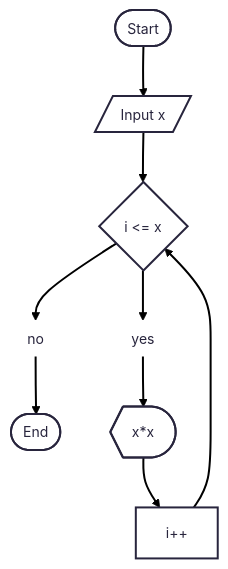
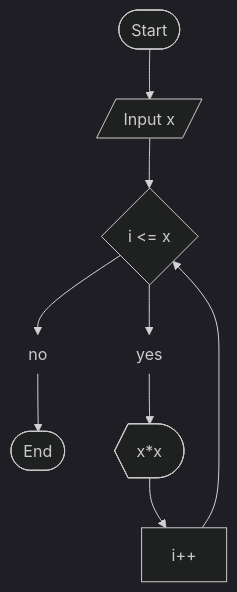
Before and after one commit to Whitek323/ProgramBasic: the diagram in CPP/train/2.mmd, drawn with Mermaid.

Commit message:
dart theme

```diff
--- a/CPP/train/2.mmd
+++ b/CPP/train/2.mmd
@@ -1,18 +1,18 @@
 ---
 config:
-  theme: redux
+  theme: dark
   layout: dagre
 ---
 flowchart TD
     A(["Start"]) --> B["Input x"]
     B --> C["i &lt;= x"]
     C --> n1["no"] & n4["yes"]
     n1 --> n7(["End"])
     n4 --> n10["x*x"]
     n10 --> n11["i++"]
     n11 --> C
     B@{ shape: lean-r}
     C@{ shape: diam}
     n1@{ shape: text}
     n4@{ shape: text}
     n10@{ shape: display}
```
